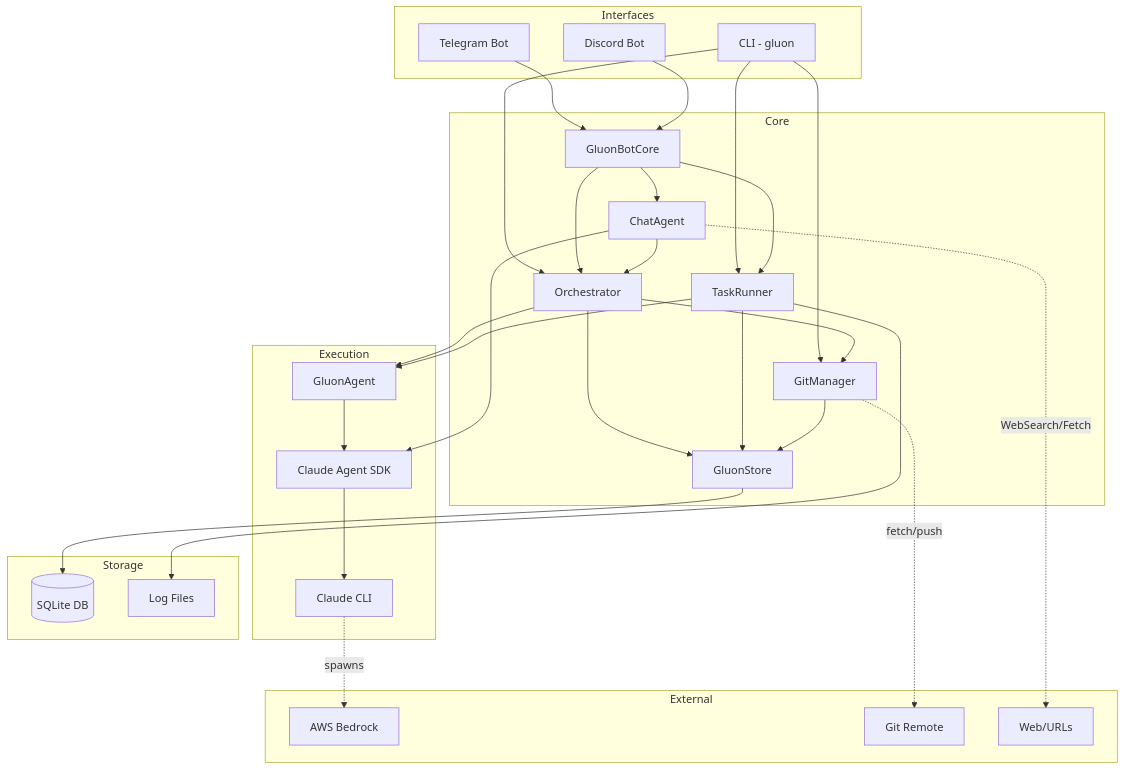
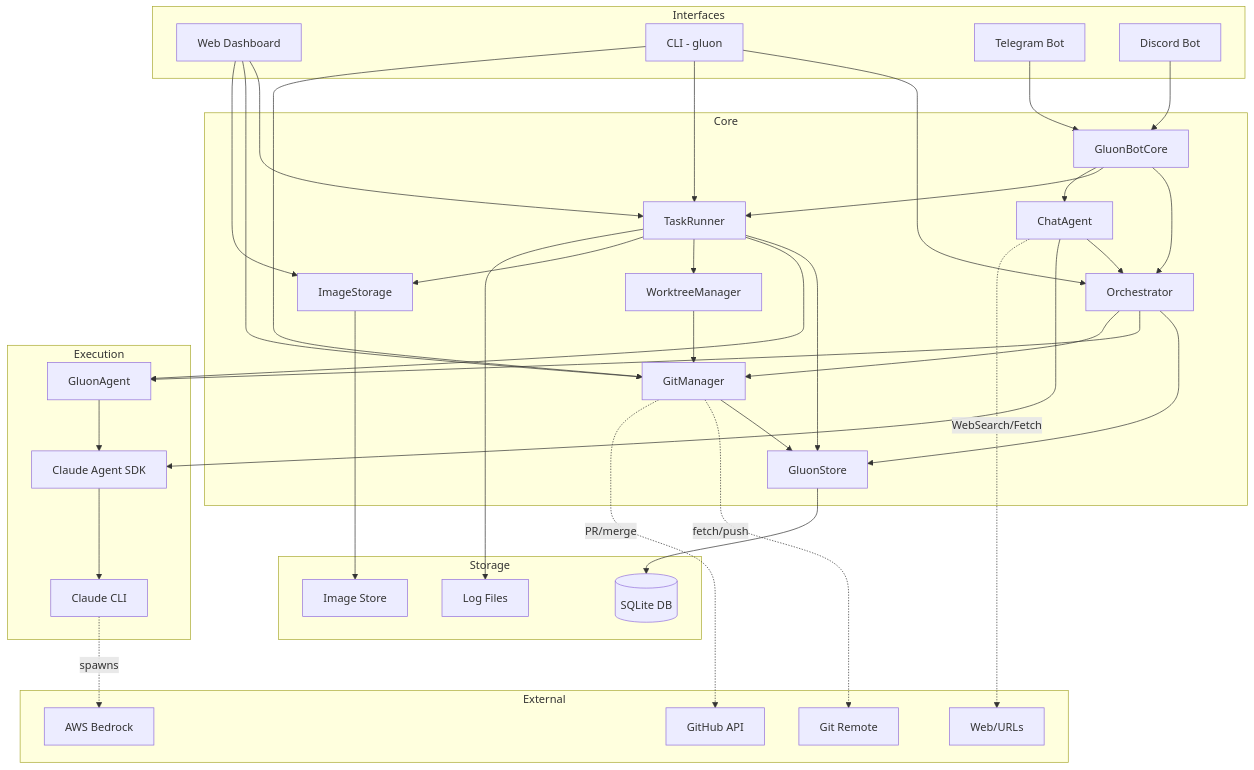
One commit to carrotly-ai/gluon-agent changed the second of 22 diagrams in README.md. Above: the diagram before and after it, drawn with Mermaid. The commit also changed other lines of this file and 1 other file, not shown here.

First line of the commit message:
docs: comprehensive update to README and ARCHITECTURE documentation

````diff
--- a/README.md
+++ b/README.md
@@ -74,64 +147,78 @@
 ```mermaid
 graph TB
     subgraph Interfaces
+        WEB[Web Dashboard]
         CLI[CLI - gluon]
         TG[Telegram Bot]
         DC[Discord Bot]
     end
 
     subgraph Core
         BOTCORE[GluonBotCore]
         ORCH[Orchestrator]
         RUNNER[TaskRunner]
         STORE[GluonStore]
         GIT[GitManager]
+        WORKTREE[WorktreeManager]
         CHAT[ChatAgent]
+        IMG[ImageStorage]
     end
 
     subgraph Execution
         AGENT[GluonAgent]
         SDK[Claude Agent SDK]
         CLAUDE[Claude CLI]
     end
 
     subgraph Storage
         DB[(SQLite DB)]
         LOGS[Log Files]
+        IMAGES[Image Store]
     end
 
     subgraph External
         BEDROCK[AWS Bedrock]
         REMOTE[Git Remote]
-        WEB[Web/URLs]
+        GITHUB[GitHub API]
+        WEB_EXT[Web/URLs]
     end
 
+    WEB --> RUNNER
+    WEB --> GIT
+    WEB --> IMG
     CLI --> ORCH
     CLI --> RUNNER
     CLI --> GIT
     TG --> BOTCORE
     DC --> BOTCORE
     BOTCORE --> ORCH
     BOTCORE --> RUNNER
     BOTCORE --> CHAT
 
     CHAT --> ORCH
     CHAT --> SDK
-    CHAT -.->|WebSearch/Fetch| WEB
+    CHAT -.->|WebSearch/Fetch| WEB_EXT
 
     ORCH --> STORE
     ORCH --> AGENT
     ORCH --> GIT
     RUNNER --> STORE
     RUNNER --> AGENT
+    RUNNER --> WORKTREE
+    RUNNER --> IMG
 
     GIT --> STORE
     GIT -.->|fetch/push| REMOTE
+    GIT -.->|PR/merge| GITHUB
+
+    WORKTREE --> GIT
 
     AGENT --> SDK
     SDK --> CLAUDE
 
     STORE --> DB
     RUNNER --> LOGS
+    IMG --> IMAGES
 
     CLAUDE -.->|spawns| BEDROCK
 ```
````
